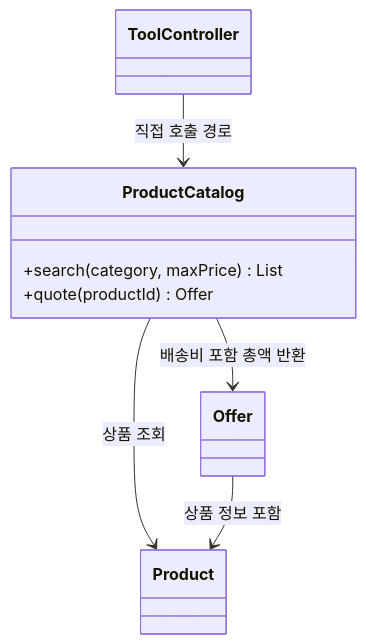
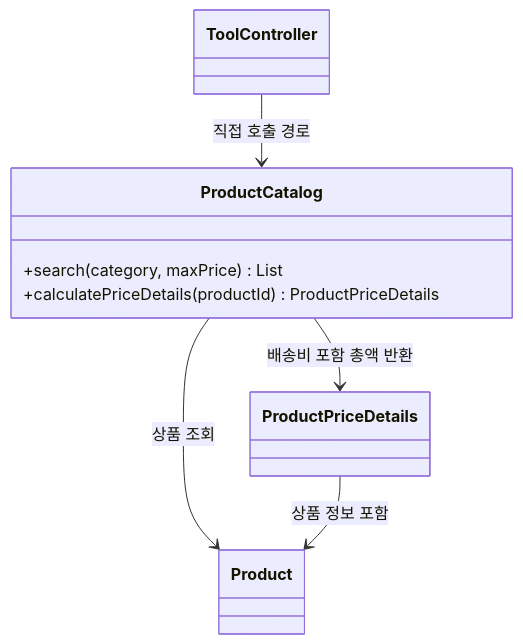
One commit to Justin-ad-Park/SpringShoppingAI changed the diagram in Spring-AI-Agent-Learning/docs/lessons/05-tool-calling/01-java.md. Above: the diagram before and after it, drawn with Mermaid. The commit also changed other lines of this file and 79 other files, not shown here.

````diff
--- a/Spring-AI-Agent-Learning/docs/lessons/05-tool-calling/01-java.md
+++ b/Spring-AI-Agent-Learning/docs/lessons/05-tool-calling/01-java.md
@@ -28,14 +28,14 @@
 ```mermaid
 classDiagram
     class ToolController
     class ProductCatalog {
         +search(category, maxPrice) List
-        +quote(productId) Offer
+        +calculatePriceDetails(productId) ProductPriceDetails
     }
     class Product
-    class Offer
+    class ProductPriceDetails
     ToolController --> ProductCatalog : 직접 호출 경로
     ProductCatalog --> Product : 상품 조회
-    ProductCatalog --> Offer : 배송비 포함 총액 반환
-    Offer --> Product : 상품 정보 포함
+    ProductCatalog --> ProductPriceDetails : 배송비 포함 총액 반환
+    ProductPriceDetails --> Product : 상품 정보 포함
 ```
````
